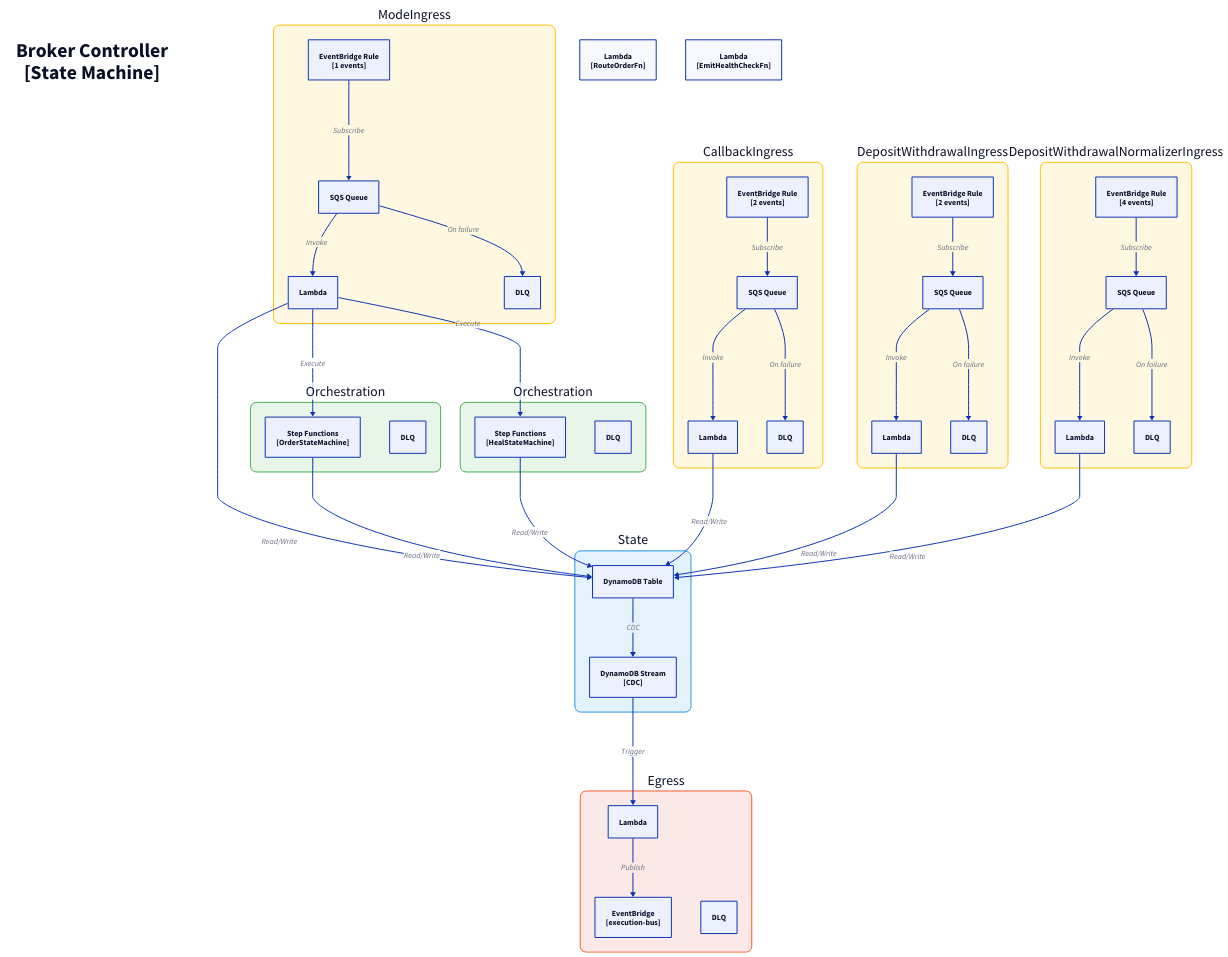
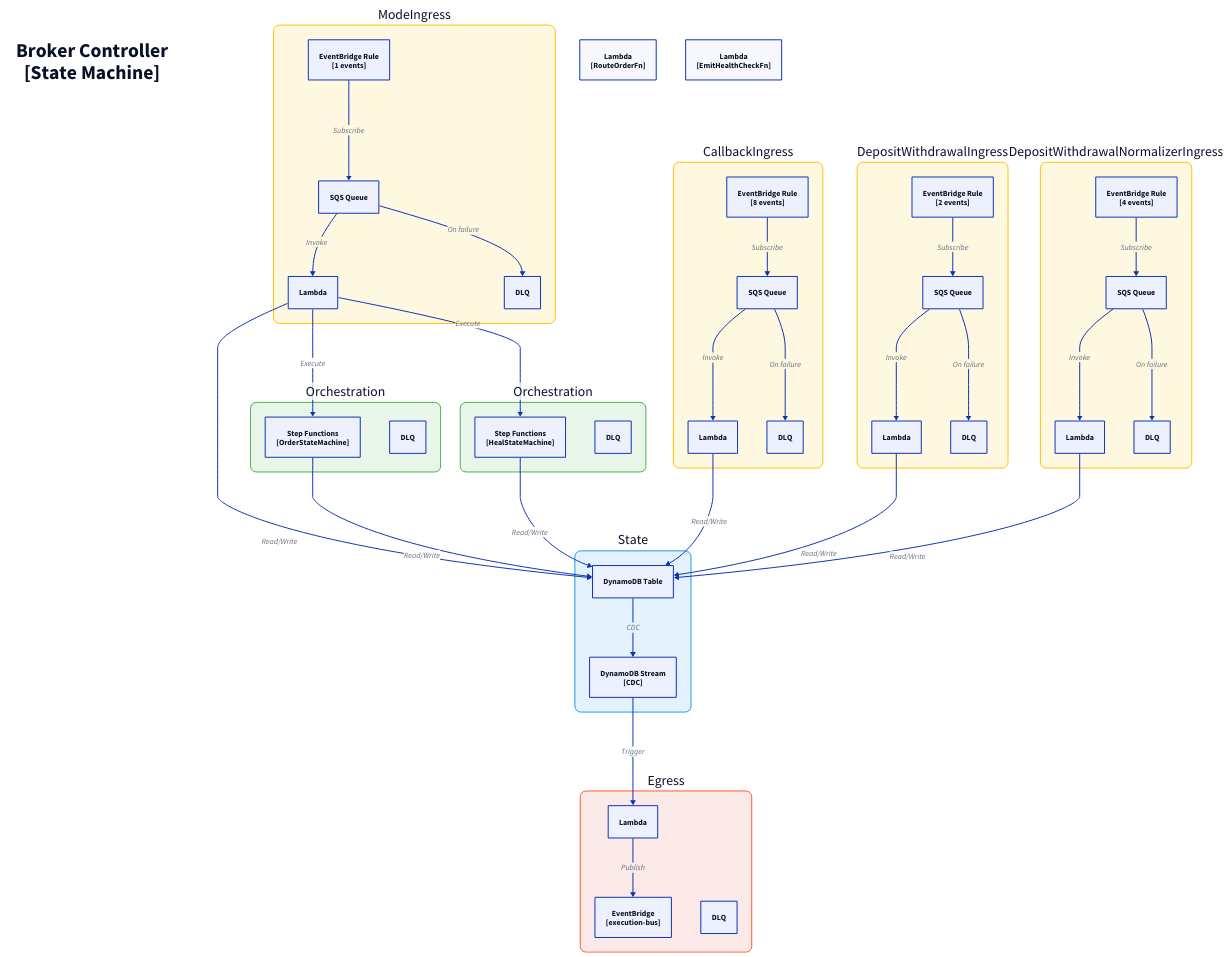
One commit to fabio-vitali/nestfolio changed the diagram in docs/architecture/c3/broker-ctrl.d2. Above: the diagram before and after it, drawn with D2. The commit also changed 8 other files, not shown here.

Commit message:
fix: c4 diagrams fixes

```diff
--- a/docs/architecture/c3/broker-ctrl.d2
+++ b/docs/architecture/c3/broker-ctrl.d2
@@ -1,95 +1,95 @@
 direction: down
 
 title: "Broker Controller\n[State Machine]" {
   style: { font-size: 40; bold: true; fill: transparent; stroke: transparent }
 }
 
 mode-ingress: "ModeIngress" {
   style: { fill: "#FFF8E1"; stroke: "#FFC107"; border-radius: 12; font-size: 28 }
   rule: "EventBridge Rule\n[1 events]" { class: aws-eventbridge }
   sqs: "SQS Queue" { class: aws-sqs }
   dlq: "DLQ" { class: aws-dlq }
   handler: "Lambda" { class: aws-lambda }
 
   rule -> sqs: Subscribe
   sqs -> handler: Invoke
   sqs -> dlq: On failure
 }
 
 callback-ingress: "CallbackIngress" {
   style: { fill: "#FFF8E1"; stroke: "#FFC107"; border-radius: 12; font-size: 28 }
-  rule: "EventBridge Rule\n[2 events]" { class: aws-eventbridge }
+  rule: "EventBridge Rule\n[8 events]" { class: aws-eventbridge }
   sqs: "SQS Queue" { class: aws-sqs }
   dlq: "DLQ" { class: aws-dlq }
   handler: "Lambda" { class: aws-lambda }
 
   rule -> sqs: Subscribe
   sqs -> handler: Invoke
   sqs -> dlq: On failure
 }
 
 deposit-withdrawal-ingress: "DepositWithdrawalIngress" {
   style: { fill: "#FFF8E1"; stroke: "#FFC107"; border-radius: 12; font-size: 28 }
   rule: "EventBridge Rule\n[2 events]" { class: aws-eventbridge }
   sqs: "SQS Queue" { class: aws-sqs }
   dlq: "DLQ" { class: aws-dlq }
   handler: "Lambda" { class: aws-lambda }
 
   rule -> sqs: Subscribe
   sqs -> handler: Invoke
   sqs -> dlq: On failure
 }
 
 deposit-withdrawal-normalizer-ingress: "DepositWithdrawalNormalizerIngress" {
   style: { fill: "#FFF8E1"; stroke: "#FFC107"; border-radius: 12; font-size: 28 }
   rule: "EventBridge Rule\n[4 events]" { class: aws-eventbridge }
   sqs: "SQS Queue" { class: aws-sqs }
   dlq: "DLQ" { class: aws-dlq }
   handler: "Lambda" { class: aws-lambda }
 
   rule -> sqs: Subscribe
   sqs -> handler: Invoke
   sqs -> dlq: On failure
 }
 
 state: "State" {
   style: { fill: "#E3F2FD"; stroke: "#2196F3"; border-radius: 12; font-size: 28 }
   table: "DynamoDB Table" { class: aws-dynamodb }
   stream: "DynamoDB Stream\n[CDC]" { class: aws-ddb-stream }
   table -> stream: CDC
 }
 
 egress: "Egress" {
   style: { fill: "#FBE9E7"; stroke: "#FF5722"; border-radius: 12; font-size: 28 }
   processor: "Lambda" { class: aws-lambda }
   bus: "EventBridge\n[execution-bus]" { class: aws-eventbridge }
   dlq: "DLQ" { class: aws-dlq }
 
   processor -> bus: Publish
 }
 
 order-state-machine: "Orchestration" {
   style: { fill: "#E8F5E9"; stroke: "#4CAF50"; border-radius: 12; font-size: 28 }
   state-machine: "Step Functions\n[OrderStateMachine]" { class: aws-stepfunctions }
   dlq: "DLQ" { class: aws-dlq }
 }
 
 heal-state-machine: "Orchestration" {
   style: { fill: "#E8F5E9"; stroke: "#4CAF50"; border-radius: 12; font-size: 28 }
   state-machine: "Step Functions\n[HealStateMachine]" { class: aws-stepfunctions }
   dlq: "DLQ" { class: aws-dlq }
 }
 
 route-order-fn: "Lambda\n[RouteOrderFn]" { class: aws-lambda }
 emit-health-check-fn: "Lambda\n[EmitHealthCheckFn]" { class: aws-lambda }
 
 # Flows
 mode-ingress.handler -> state.table: Read/Write
 callback-ingress.handler -> state.table: Read/Write
 deposit-withdrawal-ingress.handler -> state.table: Read/Write
 deposit-withdrawal-normalizer-ingress.handler -> state.table: Read/Write
 state.stream -> egress.processor: Trigger
 mode-ingress.handler -> order-state-machine.state-machine: Execute
 order-state-machine.state-machine -> state.table: Read/Write
 mode-ingress.handler -> heal-state-machine.state-machine: Execute
 heal-state-machine.state-machine -> state.table: Read/Write
```
